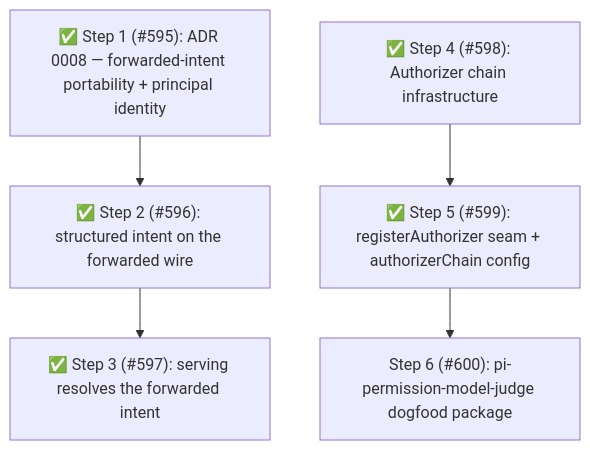
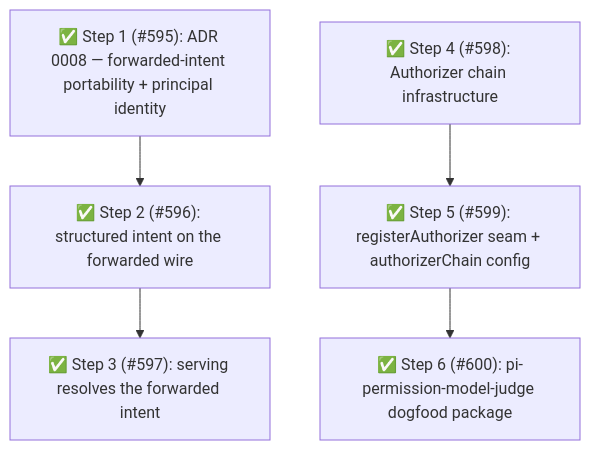
The fourth of 4 diagrams in docs/architecture/architecture.md (sycghj/pi-permission-system), drawn with Mermaid before and after one commit. The commit also changed other lines of this file, not shown here.

Commit message:
docs(pi-permission-system): mark Phase 12 Step 6 complete (#600)

````diff
--- a/docs/architecture/architecture.md
+++ b/docs/architecture/architecture.md
@@ -927,7 +929,7 @@
 ```mermaid
 flowchart TD
     S1["✅ Step 1 (#595): ADR 0008 — forwarded-intent portability + principal identity"] --> S2["✅ Step 2 (#596): structured intent on the forwarded wire"]
     S2 --> S3["✅ Step 3 (#597): serving resolves the forwarded intent"]
     S4["✅ Step 4 (#598): Authorizer chain infrastructure"] --> S5["✅ Step 5 (#599): registerAuthorizer seam + authorizerChain config"]
-    S5 --> S6["Step 6 (#600): pi-permission-model-judge dogfood package"]
+    S5 --> S6["✅ Step 6 (#600): pi-permission-model-judge dogfood package"]
 ```
````
